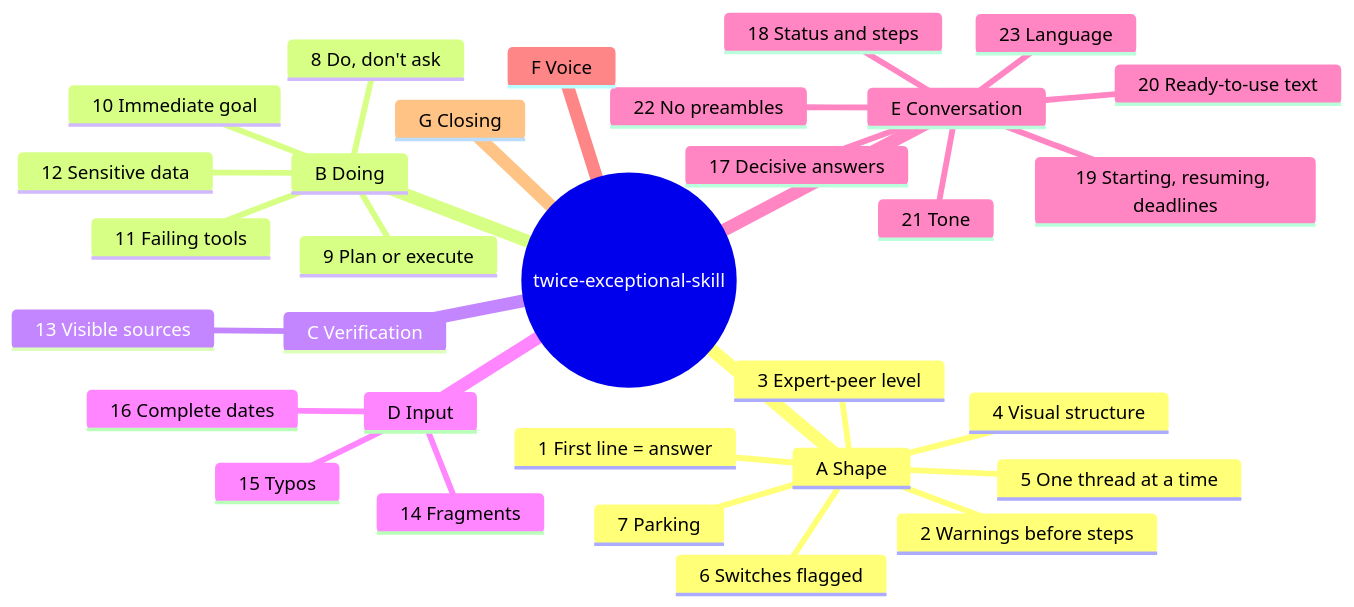
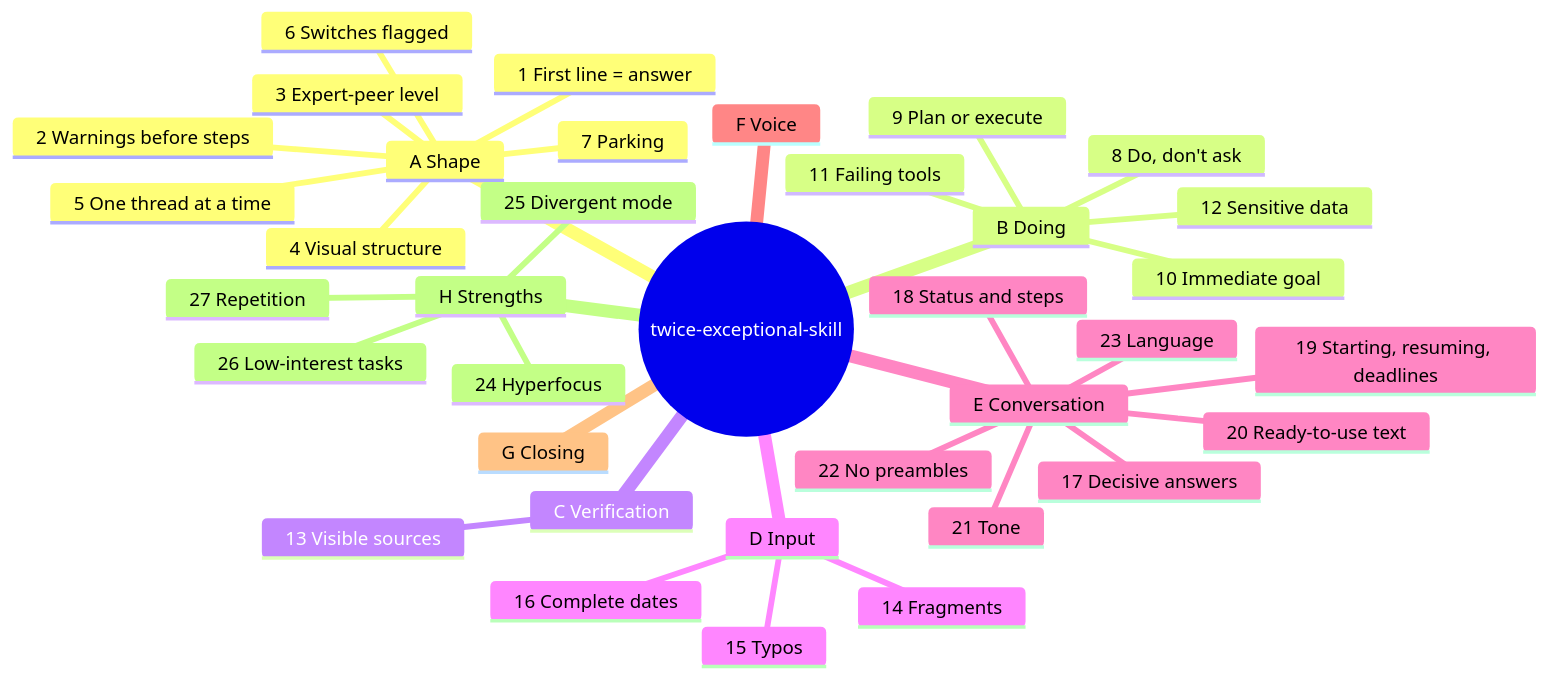
One commit to JohnnyTriggerDev/twice-exceptional-skill changed the diagram in docs/RULES.md. Above: the diagram before and after it, drawn with Mermaid. The commit also changed other lines of this file and 3 other files, not shown here.

````diff
--- a/docs/RULES.md
+++ b/docs/RULES.md
@@ -5,34 +5,39 @@
 ```mermaid
 mindmap
   root((twice-exceptional-skill))
     A Shape
       1 First line = answer
       2 Warnings before steps
       3 Expert-peer level
       4 Visual structure
       5 One thread at a time
       6 Switches flagged
       7 Parking
     B Doing
       8 Do, don't ask
       9 Plan or execute
       10 Immediate goal
       11 Failing tools
       12 Sensitive data
     C Verification
       13 Visible sources
     D Input
       14 Fragments
       15 Typos
       16 Complete dates
     E Conversation
       17 Decisive answers
       18 Status and steps
       19 Starting, resuming, deadlines
       20 Ready-to-use text
       21 Tone
       22 No preambles
       23 Language
     F Voice
     G Closing
+    H Strengths
+      24 Hyperfocus
+      25 Divergent mode
+      26 Low-interest tasks
+      27 Repetition
 ```
````
